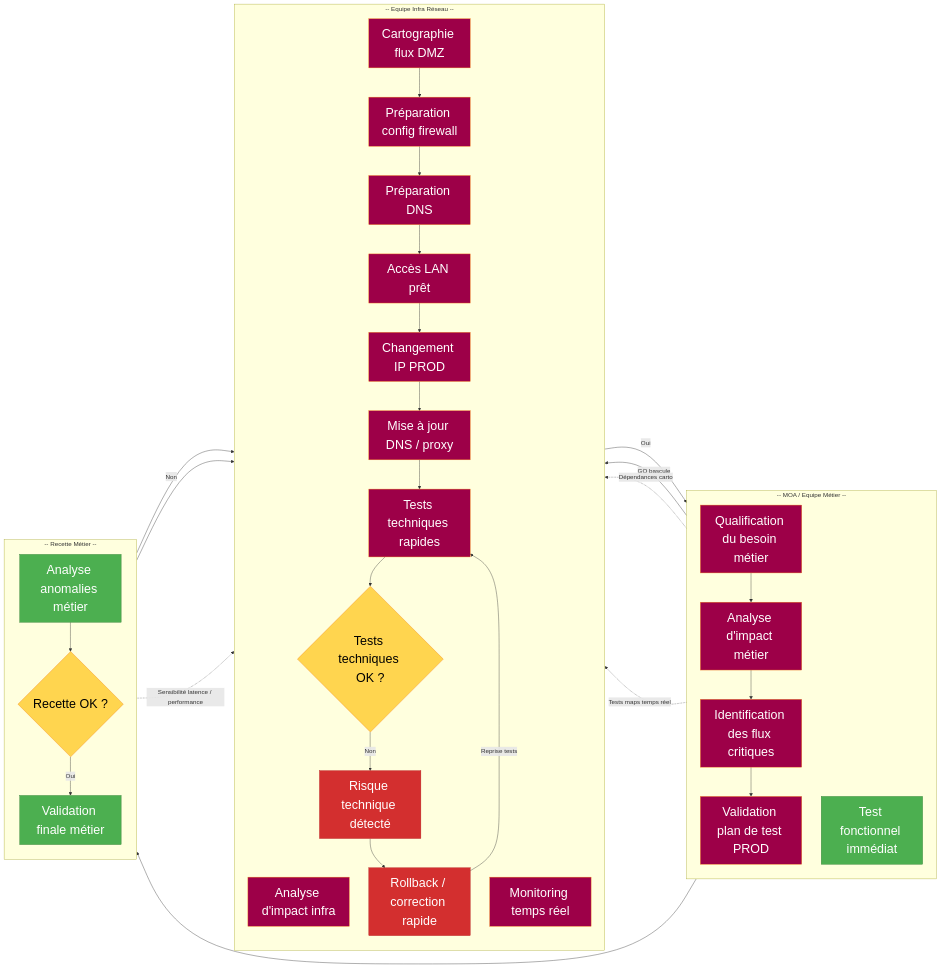
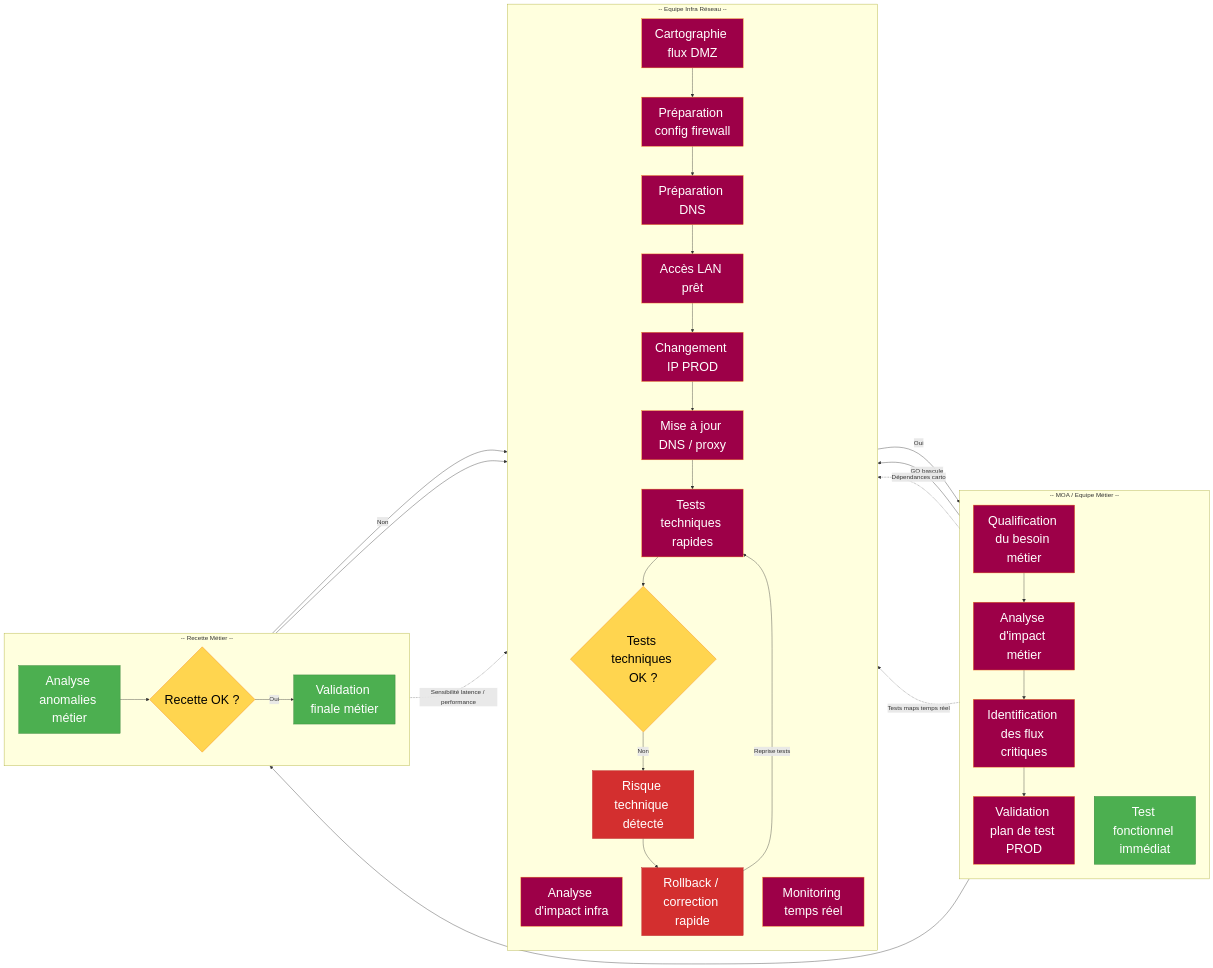
Before and after one commit to fdadda/iodraw-files: the diagram in all/CHANGE IP - Sans Pre-Prod.md, drawn with Mermaid.

Commit message:
2026-06-01 15:10:11 update

````diff
--- a/all/CHANGE IP - Sans Pre-Prod.md
+++ b/all/CHANGE IP - Sans Pre-Prod.md
@@ -1,78 +1,78 @@
 ```mermaid
 flowchart LR
 
 %% Styles
 classDef metier fill:#9d0048,stroke:#f57f17,color:#ffffff,font-size:32px;
 classDef infra fill:#9d0048,stroke:#f57f17,color:#ffffff,font-size:32px;
 classDef recette fill:#4caf50,stroke:#2e7d32,color:#ffffff,font-size:32px;
 classDef decision fill:#ffd54f,stroke:#f57f17,color:#000000,font-size:32px;
 classDef risk fill:#d32f2f,stroke:#b71c1c,color:#ffffff,font-size:32px;
 
 %% Bloc Métier
 subgraph METIER [-- MOA / Equipe Métier --]
     direction TB
     M1["Qualification du besoin métier"]:::metier
     M2["Analyse d'impact métier"]:::metier
     M3["Identification des flux critiques"]:::metier
     M4["Validation plan de test PROD"]:::metier
     M5["Validation fenêtre de bascule"]:::metier
 
 end
 
 %% Bloc Infra
 subgraph INFRA [-- Equipe Infra Réseau --]
     direction TB
     I0["Analyse d'impact infra"]:::infra
     I1["Cartographie flux DMZ"]:::infra
     I2["Préparation config firewall"]:::infra
     I3["Préparation DNS"]:::infra
     I4["Accès LAN prêt"]:::infra
     I5["Changement IP PROD"]:::infra
     I6["Mise à jour DNS / proxy"]:::infra
     I7["Tests techniques rapides"]:::infra
     D1{"Tests techniques OK ?"}:::decision
     R1["Risque technique détecté"]:::risk
     I9["Rollback / correction rapide"]:::risk
     I8["Monitoring temps réel"]:::infra
 end
 
 %% Bloc Recette
 subgraph RECETTE [-- Recette Métier --]
-    direction TB
+    direction LR
     M5["Test fonctionnel immédiat"]:::recette
     M6["Analyse anomalies métier"]:::recette
     D2{"Recette OK ?"}:::decision
     M7["Validation finale métier"]:::recette
 end
 
 %% Ordonnancement visuel
 METIER --> INFRA --> RECETTE
 linkStyle 0 opacity:0
 linkStyle 1 opacity:0
 
 %% Workflow Métier
 M1 --> M2 --> M3 --> M4
 M4 -->|GO bascule| I1
 
 %% Workflow Infra
 I1 --> I2 --> I3 --> I4 --> I5 --> I6 --> I7 --> D1
 
 %% Décision technique
 D1 -->|Oui| M5
 D1 -->|Non| R1
 R1 --> I9
 I9 -->|Reprise tests| I7
 
 %% Workflow Recette
 M5 --> M6 --> D2
 D2 -->|Oui| M7
 D2 -->|Non| I9
 
 %% Mise en production stabilisée
 M7 --> I8
 
 %% Dépendances GEO
 M2 -.->|Dépendances carto| I7
 M5 -.->|Tests maps temps réel| I8
 M6 -.->|Sensibilité latence / performance| I8
 ```
````
